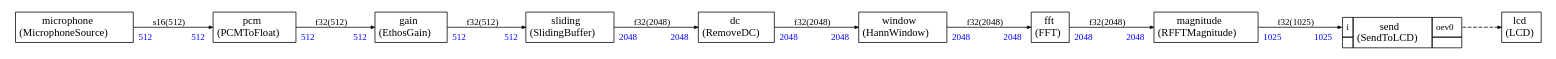
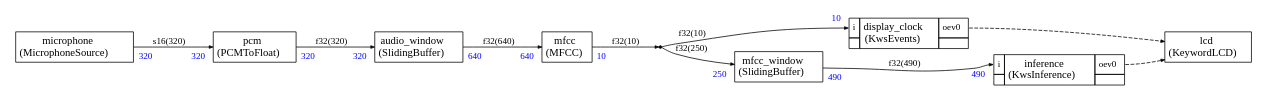
The diagram in projects/kws_micronet_l/generated/app.dot (christophe0606/EthosCatalog), drawn with Graphviz before and after one commit. The commit also changed 71 other files, not shown here.

```diff
--- a/projects/kws_micronet_l/generated/app.dot
+++ b/projects/kws_micronet_l/generated/app.dot
@@ -1,149 +1,143 @@
 
 
 
 
 
 
 digraph structs {
     bgcolor = "white"
     node [shape=plaintext,color="black",fontcolor="black",fontname="Times-Roman"]
     rankdir=LR
     edge [arrowsize="0.5",color="black",fontcolor="black",fontname="Times-Roman"]
 
 
-dc [label=<
+audio_window [label=<
 <TABLE color="black" bgcolor="none" BORDER="0" CELLBORDER="1" CELLSPACING="0" CELLPADDING="4">
   <TR>
-    <TD ALIGN="CENTER" PORT="i"><FONT COLOR="black" POINT-SIZE="14.0">dc<BR/>(RemoveDC)</FONT></TD>
+    <TD ALIGN="CENTER" PORT="i"><FONT COLOR="black" POINT-SIZE="14.0">audio_window<BR/>(SlidingBuffer)</FONT></TD>
   </TR>
 </TABLE>>];
 
-fft [label=<
+
+display_clock [label=<
 <TABLE color="black" bgcolor="none" BORDER="0" CELLBORDER="1" CELLSPACING="0" CELLPADDING="4">
   <TR>
-    <TD ALIGN="CENTER" PORT="i"><FONT COLOR="black" POINT-SIZE="14.0">fft<BR/>(FFT)</FONT></TD>
+    <TD PORT="i"><FONT POINT-SIZE="12.0" COLOR="black">i</FONT></TD>
+    <TD ALIGN="CENTER" ROWSPAN="2"><FONT COLOR="black" POINT-SIZE="14.0">display_clock<BR/>(KwsEvents)</FONT></TD>
+    <TD PORT="oev0"><FONT POINT-SIZE="12.0" COLOR="black">oev0</FONT></TD>
+  </TR>
+<TR>
+
+<TD></TD>
+
+<TD></TD></TR>
+
+</TABLE>>];
+
+dup0 [shape=point,label="dup0"]
+
+
+inference [label=<
+<TABLE color="black" bgcolor="none" BORDER="0" CELLBORDER="1" CELLSPACING="0" CELLPADDING="4">
+  <TR>
+    <TD PORT="i"><FONT POINT-SIZE="12.0" COLOR="black">i</FONT></TD>
+    <TD ALIGN="CENTER" ROWSPAN="2"><FONT COLOR="black" POINT-SIZE="14.0">inference<BR/>(KwsInference)</FONT></TD>
+    <TD PORT="oev0"><FONT POINT-SIZE="12.0" COLOR="black">oev0</FONT></TD>
+  </TR>
+<TR>
+
+<TD></TD>
+
+<TD></TD></TR>
+
+</TABLE>>];
+
+mfcc [label=<
+<TABLE color="black" bgcolor="none" BORDER="0" CELLBORDER="1" CELLSPACING="0" CELLPADDING="4">
+  <TR>
+    <TD ALIGN="CENTER" PORT="i"><FONT COLOR="black" POINT-SIZE="14.0">mfcc<BR/>(MFCC)</FONT></TD>
   </TR>
 </TABLE>>];
 
-gain [label=<
+mfcc_window [label=<
 <TABLE color="black" bgcolor="none" BORDER="0" CELLBORDER="1" CELLSPACING="0" CELLPADDING="4">
   <TR>
-    <TD ALIGN="CENTER" PORT="i"><FONT COLOR="black" POINT-SIZE="14.0">gain<BR/>(EthosGain)</FONT></TD>
-  </TR>
-</TABLE>>];
-
-magnitude [label=<
-<TABLE color="black" bgcolor="none" BORDER="0" CELLBORDER="1" CELLSPACING="0" CELLPADDING="4">
-  <TR>
-    <TD ALIGN="CENTER" PORT="i"><FONT COLOR="black" POINT-SIZE="14.0">magnitude<BR/>(RFFTMagnitude)</FONT></TD>
+    <TD ALIGN="CENTER" PORT="i"><FONT COLOR="black" POINT-SIZE="14.0">mfcc_window<BR/>(SlidingBuffer)</FONT></TD>
   </TR>
 </TABLE>>];
 
 microphone [label=<
 <TABLE color="black" bgcolor="none" BORDER="0" CELLBORDER="1" CELLSPACING="0" CELLPADDING="4">
   <TR>
     <TD ALIGN="CENTER" PORT="i"><FONT COLOR="black" POINT-SIZE="14.0">microphone<BR/>(MicrophoneSource)</FONT></TD>
   </TR>
 </TABLE>>];
 
 pcm [label=<
 <TABLE color="black" bgcolor="none" BORDER="0" CELLBORDER="1" CELLSPACING="0" CELLPADDING="4">
   <TR>
     <TD ALIGN="CENTER" PORT="i"><FONT COLOR="black" POINT-SIZE="14.0">pcm<BR/>(PCMToFloat)</FONT></TD>
   </TR>
 </TABLE>>];
 
-
-send [label=<
-<TABLE color="black" bgcolor="none" BORDER="0" CELLBORDER="1" CELLSPACING="0" CELLPADDING="4">
-  <TR>
-    <TD PORT="i"><FONT POINT-SIZE="12.0" COLOR="black">i</FONT></TD>
-    <TD ALIGN="CENTER" ROWSPAN="2"><FONT COLOR="black" POINT-SIZE="14.0">send<BR/>(SendToLCD)</FONT></TD>
-    <TD PORT="oev0"><FONT POINT-SIZE="12.0" COLOR="black">oev0</FONT></TD>
-  </TR>
-<TR>
- 
-<TD></TD>
- 
-<TD></TD></TR>
-
-</TABLE>>];
-
-sliding [label=<
-<TABLE color="black" bgcolor="none" BORDER="0" CELLBORDER="1" CELLSPACING="0" CELLPADDING="4">
-  <TR>
-    <TD ALIGN="CENTER" PORT="i"><FONT COLOR="black" POINT-SIZE="14.0">sliding<BR/>(SlidingBuffer)</FONT></TD>
-  </TR>
-</TABLE>>];
-
-window [label=<
-<TABLE color="black" bgcolor="none" BORDER="0" CELLBORDER="1" CELLSPACING="0" CELLPADDING="4">
-  <TR>
-    <TD ALIGN="CENTER" PORT="i"><FONT COLOR="black" POINT-SIZE="14.0">window<BR/>(HannWindow)</FONT></TD>
-  </TR>
-</TABLE>>];
-
 lcd [label=<
 <TABLE color="black" bgcolor="none" BORDER="0" CELLBORDER="1" CELLSPACING="0" CELLPADDING="4">
   <TR>
-    <TD ALIGN="CENTER" PORT="i"><FONT COLOR="black" POINT-SIZE="14.0">lcd<BR/>(LCD)</FONT></TD>
+    <TD ALIGN="CENTER" PORT="i"><FONT COLOR="black" POINT-SIZE="14.0">lcd<BR/>(KeywordLCD)</FONT></TD>
   </TR>
 </TABLE>>];
 
 
 
-microphone:i -> pcm:i [style="solid",color="black",fontsize="12.0",fontcolor="black",label=<s16(512)>
-,headlabel=<<TABLE BORDER="0" CELLPADDING="4"><TR><TD><FONT COLOR="blue" POINT-SIZE="12.0" >512</FONT>
+microphone:i -> pcm:i [style="solid",color="black",fontsize="12.0",fontcolor="black",label=<s16(320)>
+,headlabel=<<TABLE BORDER="0" CELLPADDING="4"><TR><TD><FONT COLOR="blue" POINT-SIZE="12.0" >320</FONT>
 </TD></TR></TABLE>>
-,taillabel=<<TABLE BORDER="0" CELLPADDING="4"><TR><TD><FONT COLOR="blue" POINT-SIZE="12.0" >512</FONT>
+,taillabel=<<TABLE BORDER="0" CELLPADDING="4"><TR><TD><FONT COLOR="blue" POINT-SIZE="12.0" >320</FONT>
 </TD></TR></TABLE>>]
 
-pcm:i -> gain:i [style="solid",color="black",fontsize="12.0",fontcolor="black",label=<f32(512)>
-,headlabel=<<TABLE BORDER="0" CELLPADDING="4"><TR><TD><FONT COLOR="blue" POINT-SIZE="12.0" >512</FONT>
+pcm:i -> audio_window:i [style="solid",color="black",fontsize="12.0",fontcolor="black",label=<f32(320)>
+,headlabel=<<TABLE BORDER="0" CELLPADDING="4"><TR><TD><FONT COLOR="blue" POINT-SIZE="12.0" >320</FONT>
 </TD></TR></TABLE>>
-,taillabel=<<TABLE BORDER="0" CELLPADDING="4"><TR><TD><FONT COLOR="blue" POINT-SIZE="12.0" >512</FONT>
+,taillabel=<<TABLE BORDER="0" CELLPADDING="4"><TR><TD><FONT COLOR="blue" POINT-SIZE="12.0" >320</FONT>
 </TD></TR></TABLE>>]
 
-gain:i -> sliding:i [style="solid",color="black",fontsize="12.0",fontcolor="black",label=<f32(512)>
-,headlabel=<<TABLE BORDER="0" CELLPADDING="4"><TR><TD><FONT COLOR="blue" POINT-SIZE="12.0" >512</FONT>
+audio_window:i -> mfcc:i [style="solid",color="black",fontsize="12.0",fontcolor="black",label=<f32(640)>
+,headlabel=<<TABLE BORDER="0" CELLPADDING="4"><TR><TD><FONT COLOR="blue" POINT-SIZE="12.0" >640</FONT>
 </TD></TR></TABLE>>
-,taillabel=<<TABLE BORDER="0" CELLPADDING="4"><TR><TD><FONT COLOR="blue" POINT-SIZE="12.0" >512</FONT>
+,taillabel=<<TABLE BORDER="0" CELLPADDING="4"><TR><TD><FONT COLOR="blue" POINT-SIZE="12.0" >640</FONT>
 </TD></TR></TABLE>>]
 
-sliding:i -> dc:i [style="solid",color="black",fontsize="12.0",fontcolor="black",label=<f32(2048)>
-,headlabel=<<TABLE BORDER="0" CELLPADDING="4"><TR><TD><FONT COLOR="blue" POINT-SIZE="12.0" >2048</FONT>
+mfcc_window:i -> inference:i [style="solid",color="black",fontsize="12.0",fontcolor="black",label=<f32(490)>
+,headlabel=<<TABLE BORDER="0" CELLPADDING="4"><TR><TD><FONT COLOR="blue" POINT-SIZE="12.0" >490</FONT>
 </TD></TR></TABLE>>
-,taillabel=<<TABLE BORDER="0" CELLPADDING="4"><TR><TD><FONT COLOR="blue" POINT-SIZE="12.0" >2048</FONT>
+,taillabel=<<TABLE BORDER="0" CELLPADDING="4"><TR><TD><FONT COLOR="blue" POINT-SIZE="12.0" >490</FONT>
 </TD></TR></TABLE>>]
 
-dc:i -> window:i [style="solid",color="black",fontsize="12.0",fontcolor="black",label=<f32(2048)>
-,headlabel=<<TABLE BORDER="0" CELLPADDING="4"><TR><TD><FONT COLOR="blue" POINT-SIZE="12.0" >2048</FONT>
-</TD></TR></TABLE>>
-,taillabel=<<TABLE BORDER="0" CELLPADDING="4"><TR><TD><FONT COLOR="blue" POINT-SIZE="12.0" >2048</FONT>
-</TD></TR></TABLE>>]
+mfcc:i ->
+dup0 [style="solid",color="black",fontsize="12.0",fontcolor="black",label=<f32(10)>
 
-window:i -> fft:i [style="solid",color="black",fontsize="12.0",fontcolor="black",label=<f32(2048)>
-,headlabel=<<TABLE BORDER="0" CELLPADDING="4"><TR><TD><FONT COLOR="blue" POINT-SIZE="12.0" >2048</FONT>
-</TD></TR></TABLE>>
-,taillabel=<<TABLE BORDER="0" CELLPADDING="4"><TR><TD><FONT COLOR="blue" POINT-SIZE="12.0" >2048</FONT>
-</TD></TR></TABLE>>]
-
-fft:i -> magnitude:i [style="solid",color="black",fontsize="12.0",fontcolor="black",label=<f32(2048)>
-,headlabel=<<TABLE BORDER="0" CELLPADDING="4"><TR><TD><FONT COLOR="blue" POINT-SIZE="12.0" >2048</FONT>
-</TD></TR></TABLE>>
-,taillabel=<<TABLE BORDER="0" CELLPADDING="4"><TR><TD><FONT COLOR="blue" POINT-SIZE="12.0" >2048</FONT>
-</TD></TR></TABLE>>]
-
-magnitude:i -> send:i [style="solid",color="black",fontsize="12.0",fontcolor="black",label=<f32(1025)>
-,headlabel=<<TABLE BORDER="0" CELLPADDING="4"><TR><TD><FONT COLOR="blue" POINT-SIZE="12.0" >1025</FONT>
-</TD></TR></TABLE>>
-,taillabel=<<TABLE BORDER="0" CELLPADDING="4"><TR><TD><FONT COLOR="blue" POINT-SIZE="12.0" >1025</FONT>
+,taillabel=<<TABLE BORDER="0" CELLPADDING="4"><TR><TD><FONT COLOR="blue" POINT-SIZE="12.0" >10</FONT>
 </TD></TR></TABLE>>]
 
 
+dup0 -> mfcc_window:i [style="solid",color="black",fontsize="12.0",fontcolor="black",label=<f32(250)>
+,headlabel=<<TABLE BORDER="0" CELLPADDING="4"><TR><TD><FONT COLOR="blue" POINT-SIZE="12.0" >250</FONT>
+</TD></TR></TABLE>>
+]
 
-send:oev0 -> lcd:i [style="dashed",color="black",fontsize="12.0",fontcolor="black",label=<>
+
+dup0 -> display_clock:i [style="solid",color="black",fontsize="12.0",fontcolor="black",label=<f32(10)>
+,headlabel=<<TABLE BORDER="0" CELLPADDING="4"><TR><TD><FONT COLOR="blue" POINT-SIZE="12.0" >10</FONT>
+</TD></TR></TABLE>>
+]
+
+
+
+display_clock:oev0 -> lcd:i [style="dashed",color="black",fontsize="12.0",fontcolor="black",label=<>
+
+]
+inference:oev0 -> lcd:i [style="dashed",color="black",fontsize="12.0",fontcolor="black",label=<>
 
 ]
 
 }
```
